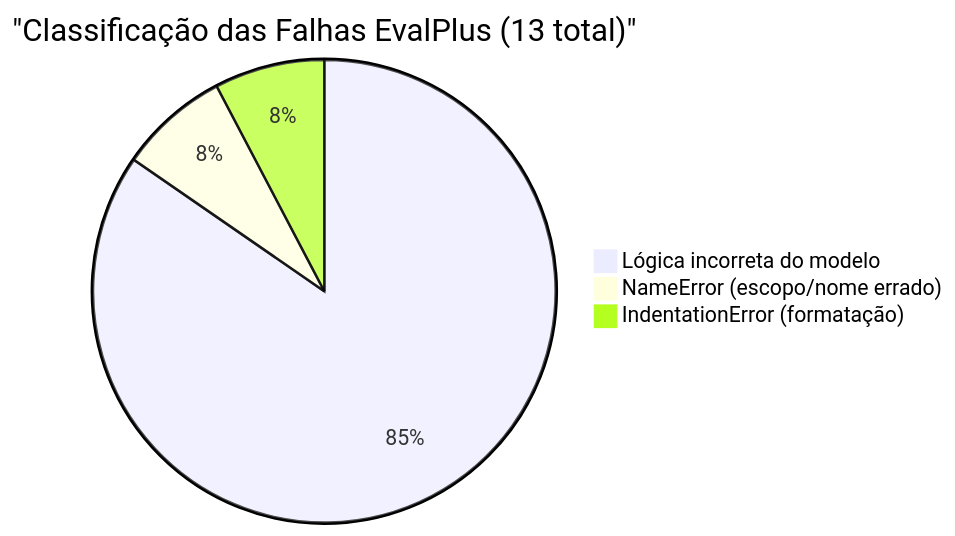
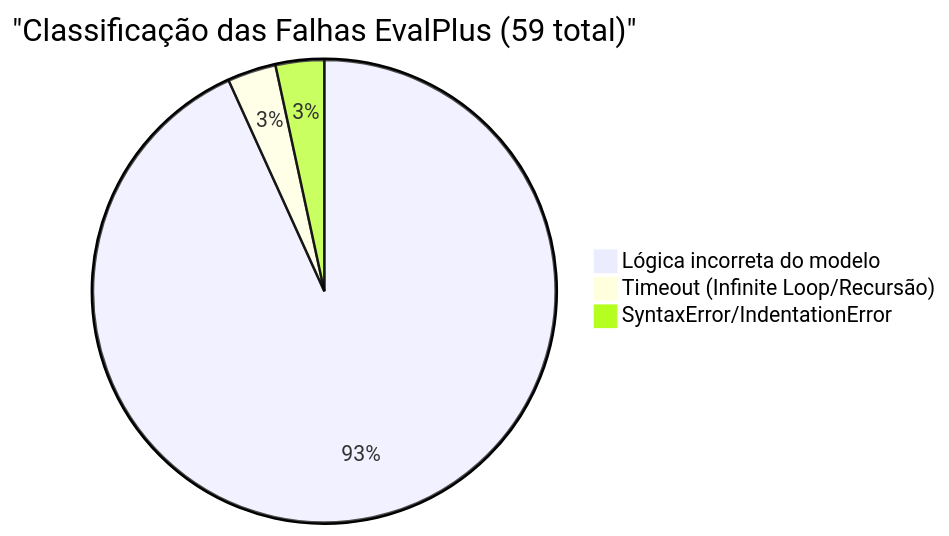
One commit to MrJc01/crom-agente changed the second of 3 diagrams in docs/benchmark_analysis.md. Above: the diagram before and after it, drawn with Mermaid. The commit also changed other lines of this file and 12 other files, not shown here.

````diff
--- a/docs/benchmark_analysis.md
+++ b/docs/benchmark_analysis.md
@@ -116,6 +119,6 @@
 ```mermaid
-pie title "Classificação das Falhas EvalPlus (13 total)"
-    "Lógica incorreta do modelo" : 11
-    "NameError (escopo/nome errado)" : 1
-    "IndentationError (formatação)" : 1
+pie title "Classificação das Falhas EvalPlus (59 total)"
+    "Lógica incorreta do modelo" : 55
+    "Timeout (Infinite Loop/Recursão)" : 2
+    "SyntaxError/IndentationError" : 2
 ```
````
